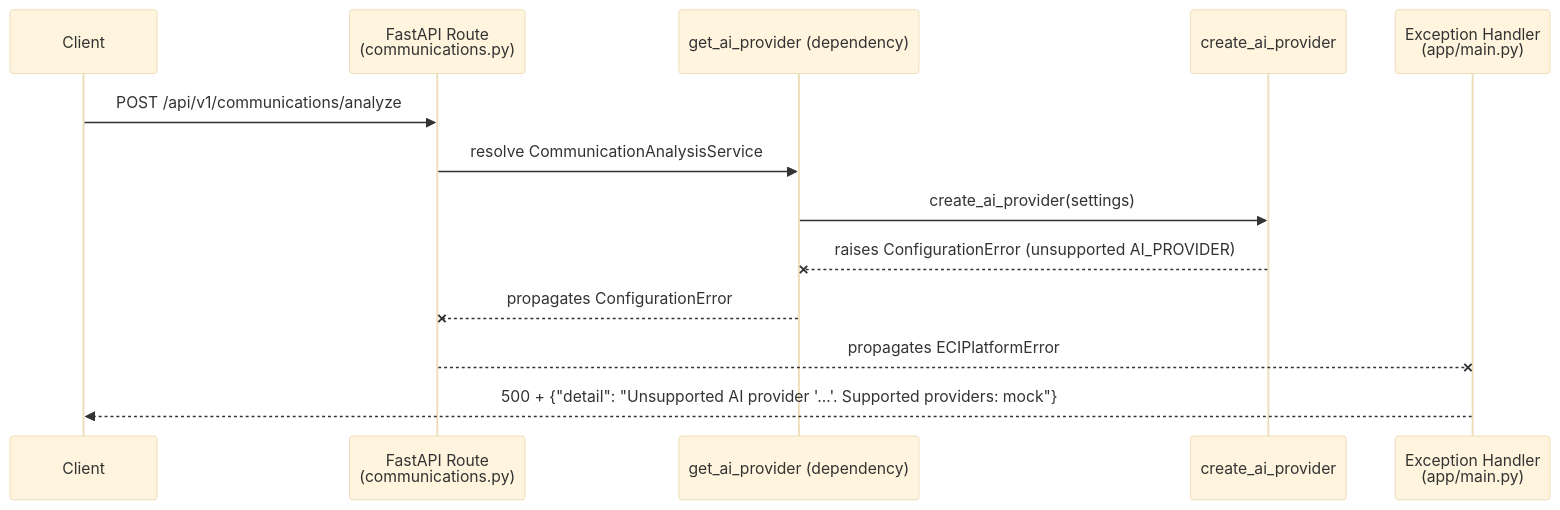
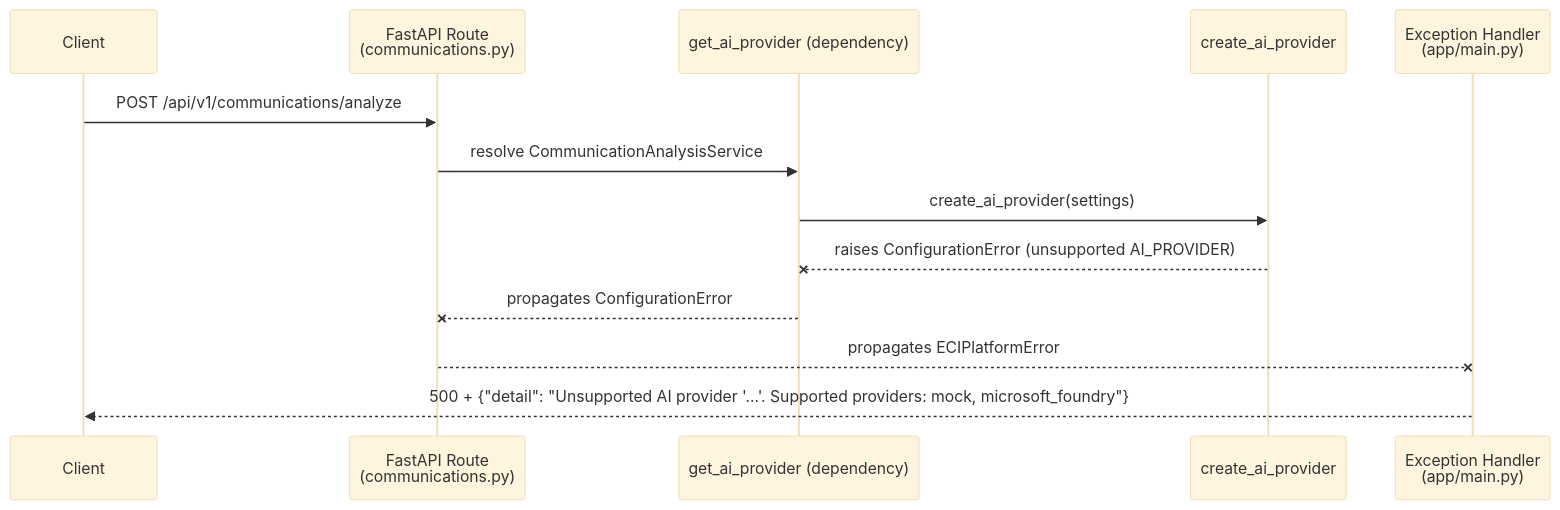
The third of 4 diagrams in docs/architecture/sequence-diagrams.md (Susanta2025-lab/enterprise-communication-intelligence), drawn with Mermaid (base theme) before and after one commit. The commit also changed other lines of this file and 37 other files, not shown here.

Commit message:
feat: integrate Microsoft Foundry provider

````diff
--- a/docs/architecture/sequence-diagrams.md
+++ b/docs/architecture/sequence-diagrams.md
@@ -50,16 +50,16 @@
 ```mermaid
 sequenceDiagram
     participant Client
     participant Route as FastAPI Route<br/>(communications.py)
     participant Dep as get_ai_provider (dependency)
     participant Factory as create_ai_provider
     participant Handler as Exception Handler<br/>(app/main.py)
 
     Client->>Route: POST /api/v1/communications/analyze
     Route->>Dep: resolve CommunicationAnalysisService
     Dep->>Factory: create_ai_provider(settings)
     Factory--xDep: raises ConfigurationError (unsupported AI_PROVIDER)
     Dep--xRoute: propagates ConfigurationError
     Route--xHandler: propagates ECIPlatformError
-    Handler-->>Client: 500 + {"detail": "Unsupported AI provider '...'. Supported providers: mock"}
+    Handler-->>Client: 500 + {"detail": "Unsupported AI provider '...'. Supported providers: mock, microsoft_foundry"}
 ```
````
